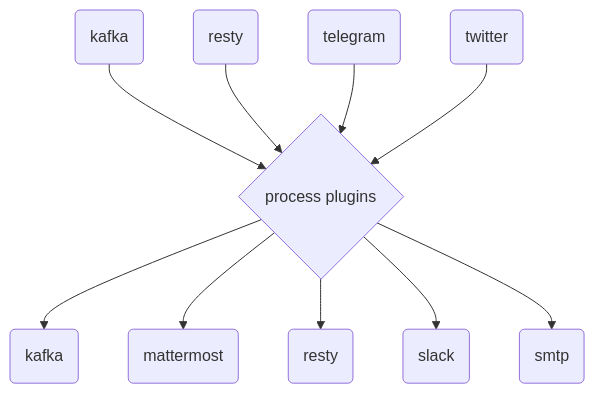
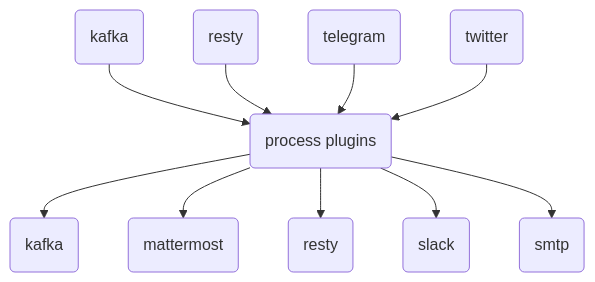
Before and after one commit to livelace/gosquito: the diagram in README.md, drawn with Mermaid.

Commit message:
mermaid experiment

````diff
--- a/README.md
+++ b/README.md
@@ -9,12 +9,12 @@
 ```mermaid
 graph TD;
-    I1(kafka)-->P1{process plugins};
+    I1(kafka)-->P1(process plugins);
     I2(resty)-->P1;
     I3(telegram)-->P1;
     I4(twitter)-->P1;
     P1-->O1(kafka);
     P1-->O2(mattermost);
     P1-->O3(resty);
     P1-->O4(slack);
     P1-->O5(smtp);
 ```
````
